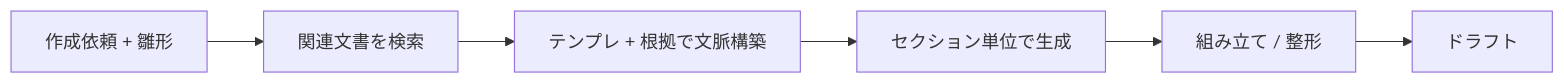
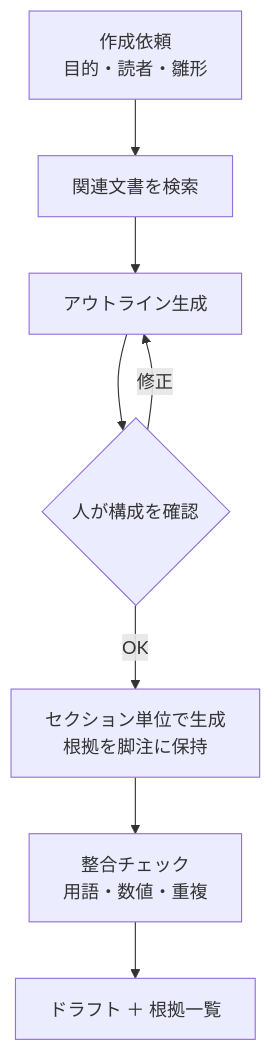
The diagram in src/content/docs/use-cases/draft-generation.md (mike-sugimoto/ai-tech-notes), drawn with Mermaid before and after one commit. The commit also changed other lines of this file and 4 other files, not shown here.

````diff
--- a/src/content/docs/use-cases/draft-generation.md
+++ b/src/content/docs/use-cases/draft-generation.md
@@ -19,8 +25,10 @@
 ```mermaid
-flowchart LR
-    REQ[作成依頼 + 雛形] --> RET[関連文書を検索]
-    RET --> CTX[テンプレ + 根拠で文脈構築]
-    CTX --> GEN[セクション単位で生成]
-    GEN --> ASM[組み立て / 整形]
-    ASM --> DRAFT[ドラフト]
+flowchart TB
+    REQ[作成依頼<br/>目的・読者・雛形] --> RET[関連文書を検索]
+    RET --> OUT[アウトライン生成]
+    OUT --> HUM{人が構成を確認}
+    HUM -->|修正| OUT
+    HUM -->|OK| SEC[セクション単位で生成<br/>根拠を脚注に保持]
+    SEC --> CHK[整合チェック<br/>用語・数値・重複]
+    CHK --> DRAFT[ドラフト ＋ 根拠一覧]
 ```
````
